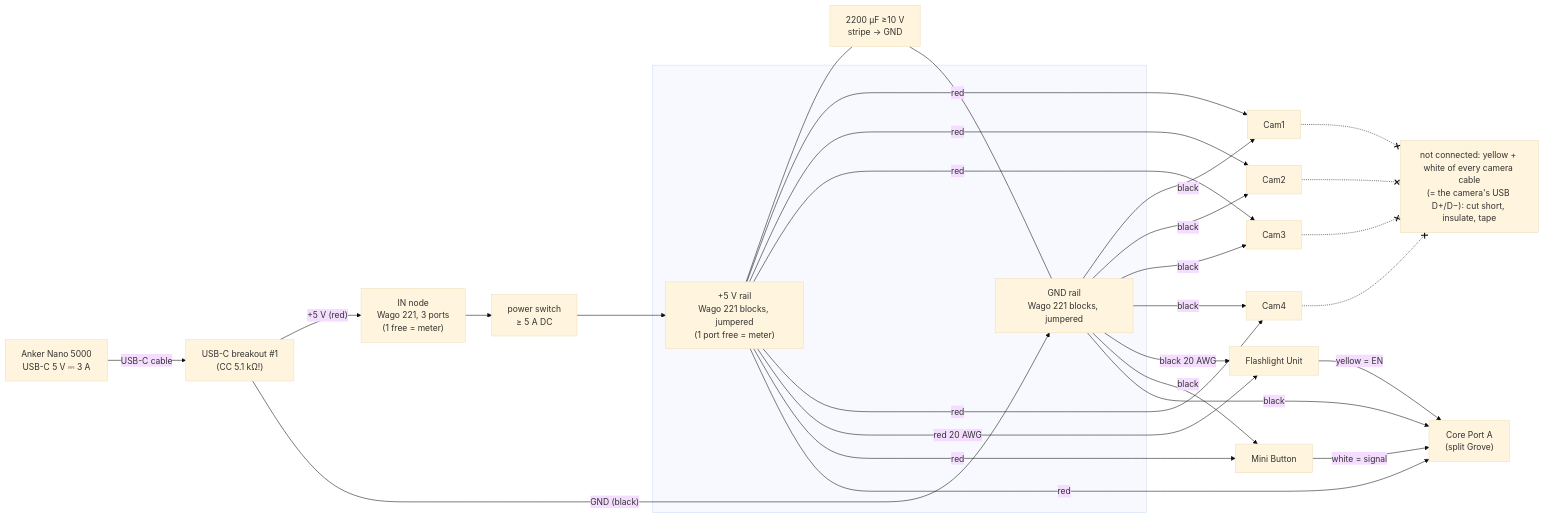
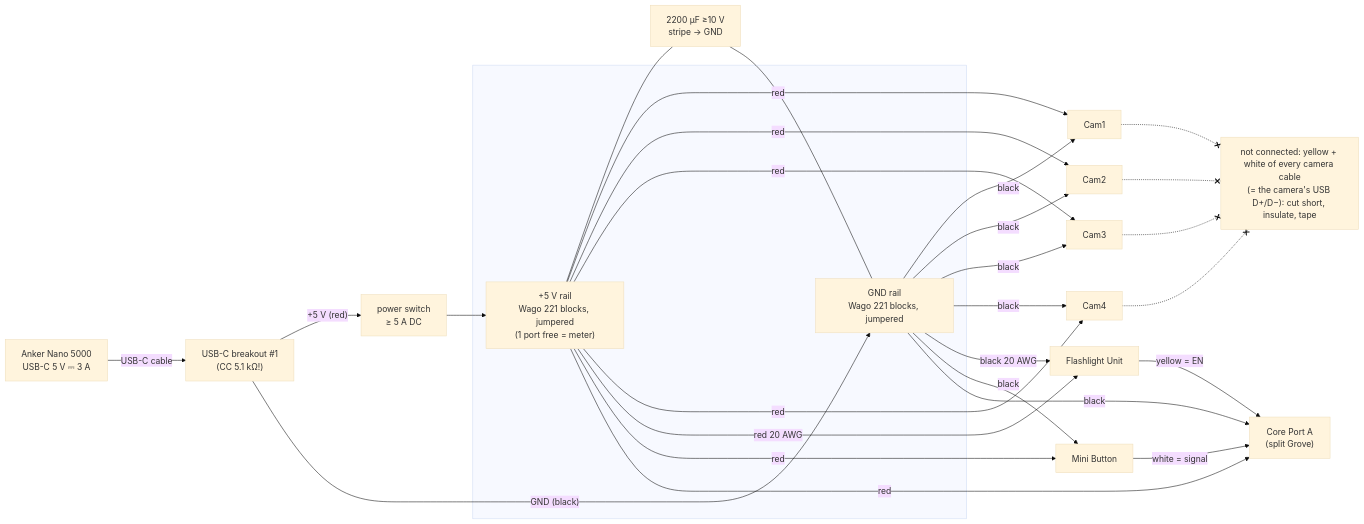
Before and after one commit to qurle/x4: the first of 2 diagrams in docs/WIRING.md, drawn with Mermaid (base theme). The commit also changed other lines of this file and 6 other files, not shown here.

First line of the commit message:
Docs: drop the IN node; measure current across the open switch

````diff
--- a/docs/WIRING.md
+++ b/docs/WIRING.md
@@ -12,25 +12,24 @@
 ```mermaid
 flowchart LR
   BANK["Anker Nano 5000<br/>USB-C 5 V ⎓ 3 A"] -->|USB-C cable| BRK["USB-C breakout #1<br/>(CC 5.1 kΩ!)"]
-  BRK -->|"+5 V (red)"| IN["IN node<br/>Wago 221, 3 ports<br/>(1 free = meter)"]
-  IN --> SW["power switch<br/>≥ 5 A DC"]
+  BRK -->|"+5 V (red)"| SW["power switch<br/>≥ 5 A DC"]
   BRK -->|"GND (black)"| GRAIL
   SW --> PRAIL["+5 V rail<br/>Wago 221 blocks, jumpered<br/>(1 port free = meter)"]
   subgraph rails[" "]
     PRAIL
     GRAIL["GND rail<br/>Wago 221 blocks, jumpered"]
   end
   CAP["2200 µF ≥10 V<br/>stripe → GND"]
   PRAIL --- CAP --- GRAIL
   PRAIL -->|red| C1[Cam1] & C2[Cam2] & C3[Cam3] & C4[Cam4]
   GRAIL -->|black| C1 & C2 & C3 & C4
   PRAIL -->|"red 20 AWG"| FL[Flashlight Unit]
   GRAIL -->|"black 20 AWG"| FL
   PRAIL -->|red| BTN[Mini Button]
   GRAIL -->|black| BTN
   PRAIL -->|"red"| PA["Core Port A<br/>(split Grove)"]
   GRAIL -->|"black"| PA
   FL -->|"yellow = EN"| PA
   BTN -->|"white = signal"| PA
   C1 & C2 & C3 & C4 -.-x NC["not connected: yellow + white of every camera cable<br/>(= the camera's USB D+/D−): cut short, insulate, tape"]
 ```
````
